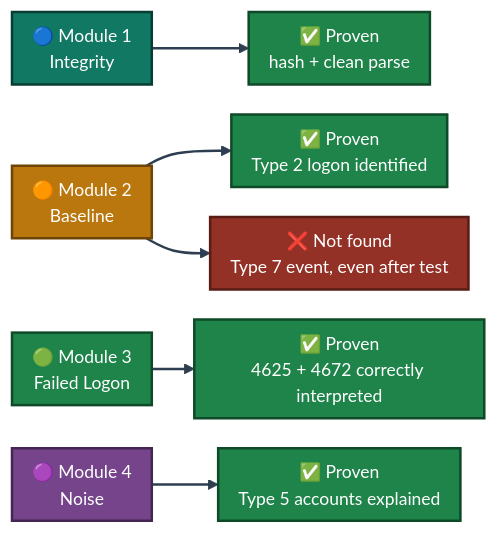
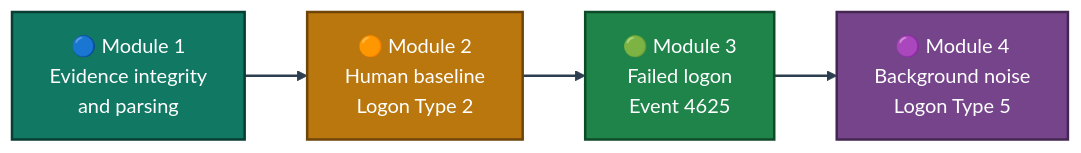
The first of 2 diagrams in 3-Advanced-Cyber-Projects/project-14-windows-event-log-analysis/README.md (malaika-azhar/Cybersecurity-Lab-Projects), drawn with Mermaid before and after one commit. The commit also changed other lines of this file, not shown here.

````diff
--- a/3-Advanced-Cyber-Projects/project-14-windows-event-log-analysis/README.md
+++ b/3-Advanced-Cyber-Projects/project-14-windows-event-log-analysis/README.md
@@ -251,16 +98,11 @@
 ```mermaid
-%%{init: {'theme': 'base', 'themeVariables': {'fontSize': '14px'}, 'flowchart': {'nodeSpacing': 24, 'rankSpacing': 34, 'padding': 8}}}%%
 flowchart LR
-    M1["🔵 Module 1<br/>Integrity"]:::m1 --> P1["✅ Proven<br/>hash + clean parse"]:::ok
-    M2["🟠 Module 2<br/>Baseline"]:::m2 --> P2["✅ Proven<br/>Type 2 logon identified"]:::ok
-    M2 --> N2["❌ Not found<br/>Type 7 event, even after test"]:::bad
-    M3["🟢 Module 3<br/>Failed Logon"]:::m3 --> P3["✅ Proven<br/>4625 + 4672 correctly interpreted"]:::ok
-    M4["🟣 Module 4<br/>Noise"]:::m4 --> P4["✅ Proven<br/>Type 5 accounts explained"]:::ok
+    M1["🔵 Module 1<br/>Evidence integrity<br/>and parsing"]:::m1 --> M2["🟠 Module 2<br/>Human baseline<br/>Logon Type 2"]:::m2
+    M2 --> M3["🟢 Module 3<br/>Failed logon<br/>Event 4625"]:::m3
+    M3 --> M4["🟣 Module 4<br/>Background noise<br/>Logon Type 5"]:::m4
     classDef m1 fill:#117864,stroke:#083D33,stroke-width:2px,color:#FFFFFF
     classDef m2 fill:#B9770E,stroke:#6E4409,stroke-width:2px,color:#FFFFFF
     classDef m3 fill:#1E8449,stroke:#0E4A28,stroke-width:2px,color:#FFFFFF
     classDef m4 fill:#76448A,stroke:#432752,stroke-width:2px,color:#FFFFFF
-    classDef ok fill:#1E8449,stroke:#0E4A28,stroke-width:2px,color:#FFFFFF
-    classDef bad fill:#943126,stroke:#571C16,stroke-width:2px,color:#FFFFFF
     linkStyle default stroke:#2C3E50,stroke-width:2px
 ```
````
